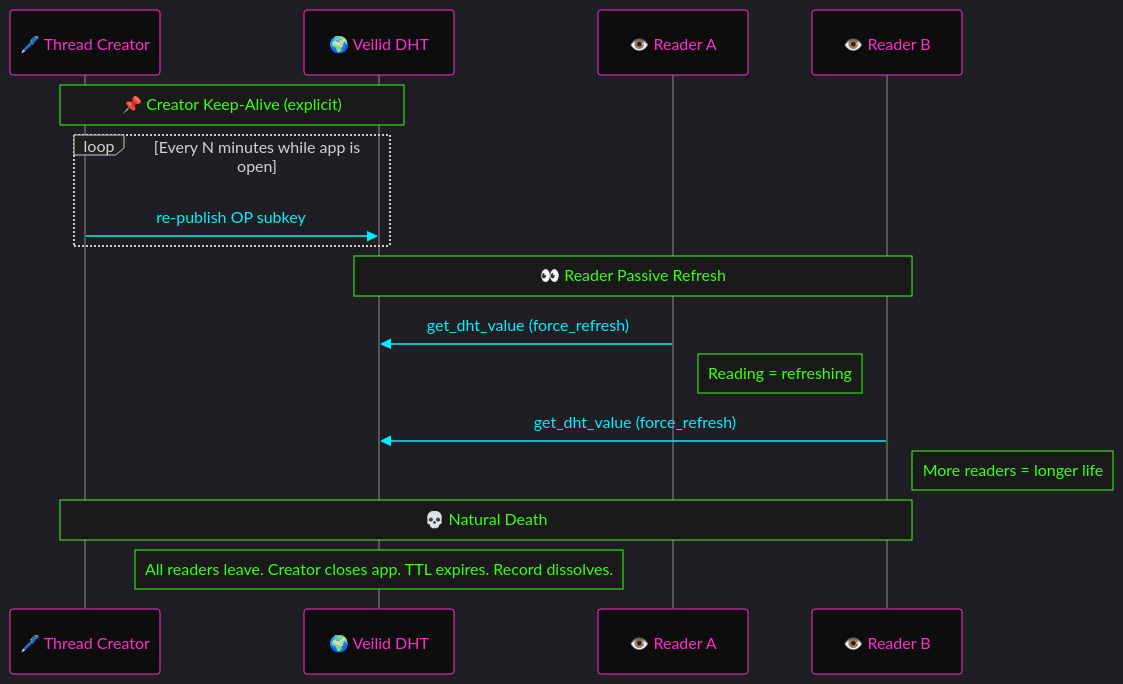
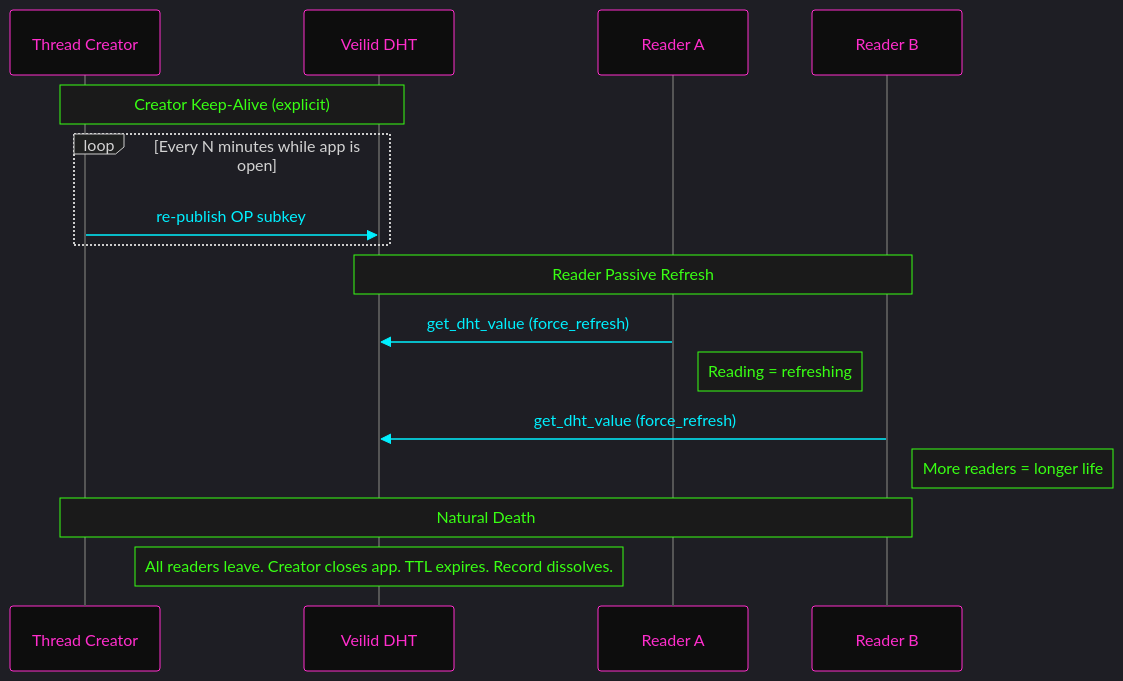
Before and after one commit to forria64/voidpost: the fourth of 7 diagrams in README.md, drawn with Mermaid. The commit also changed other lines of this file, not shown here.

Commit message:
docs: made 'em boring, architecture change

````diff
--- a/README.md
+++ b/README.md
@@ -299,22 +399,22 @@
 ```mermaid
 %%{init: {'theme': 'dark', 'themeVariables': {'actorBkg': '#0d0d0d', 'actorBorder': '#ff2ecc', 'actorTextColor': '#ff2ecc', 'actorLineColor': '#555', 'signalColor': '#00f0ff', 'signalTextColor': '#00f0ff', 'noteBkgColor': '#1a1a1a', 'noteTextColor': '#39ff14', 'noteBorderColor': '#39ff14', 'activationBkgColor': '#1a1a1a', 'activationBorderColor': '#ffea00', 'sequenceNumberColor': '#ffea00'}}}%%
 sequenceDiagram
-  participant OP as 🖊️ Thread Creator
-  participant DHT as 🌍 Veilid DHT
-  participant R1 as 👁️ Reader A
-  participant R2 as 👁️ Reader B
+  participant OP as Thread Creator
+  participant DHT as Veilid DHT
+  participant R1 as Reader A
+  participant R2 as Reader B
 
-  Note over OP,DHT: 📌 Creator Keep-Alive (explicit)
+  Note over OP,DHT: Creator Keep-Alive (explicit)
   loop Every N minutes while app is open
     OP->>DHT: re-publish OP subkey
   end
 
-  Note over DHT,R2: 👀 Reader Passive Refresh
+  Note over DHT,R2: Reader Passive Refresh
   R1->>DHT: get_dht_value (force_refresh)
   Note right of R1: Reading = refreshing
   R2->>DHT: get_dht_value (force_refresh)
   Note right of R2: More readers = longer life
 
-  Note over OP,R2: 💀 Natural Death
+  Note over OP,R2: Natural Death
   Note over DHT: All readers leave. Creator closes app. TTL expires. Record dissolves.
 ```
````
